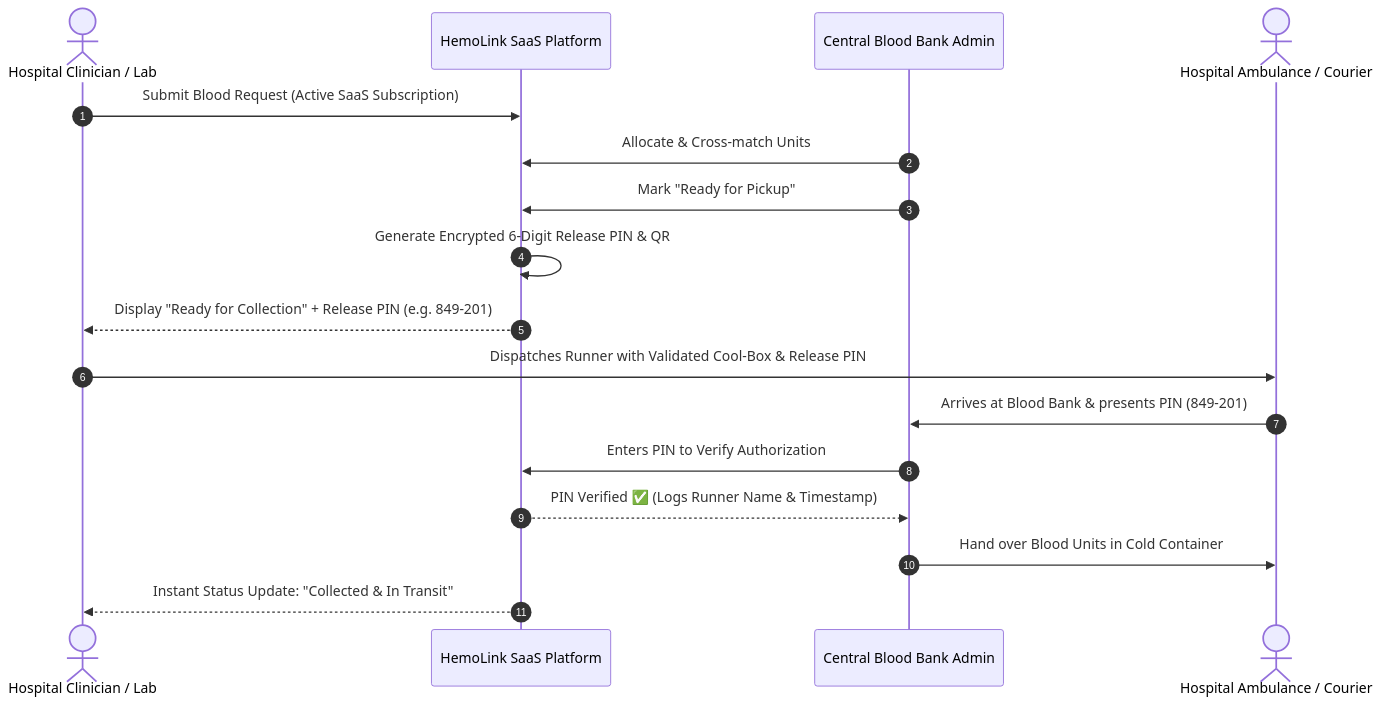
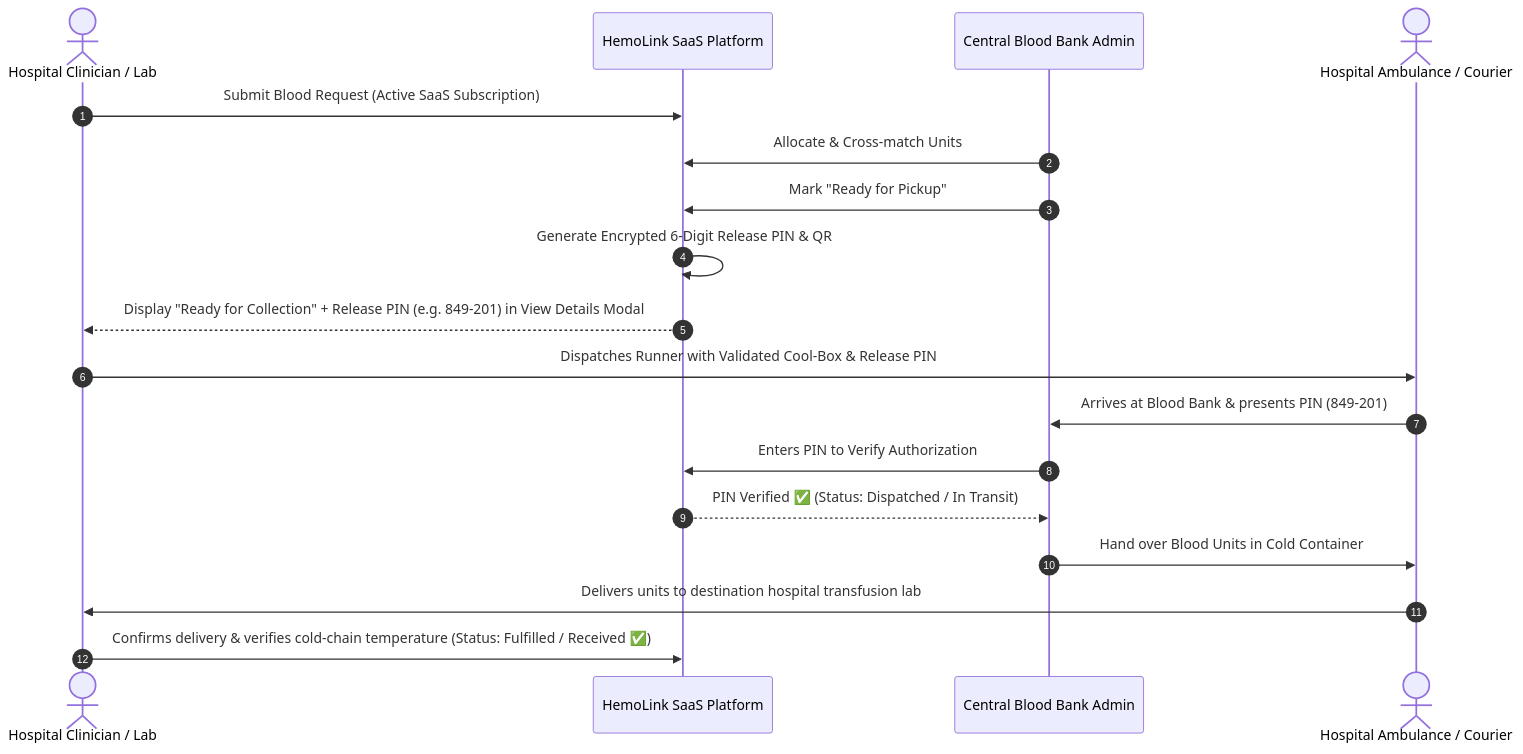
One commit to beatrice-codes-sudo/Blood-Bank-Management-System changed the second of 5 diagrams in why we are charging.md. Above: the diagram before and after it, drawn with Mermaid. The commit also changed other lines of this file and 14 other files, not shown here.

````diff
--- a/why we are charging.md
+++ b/why we are charging.md
@@ -38,20 +38,21 @@
 ```mermaid
 sequenceDiagram
     autonumber
     actor Hospital as Hospital Clinician / Lab
     participant HemoLink as HemoLink SaaS Platform
     participant CentralBank as Central Blood Bank Admin
     actor Runner as Hospital Ambulance / Courier
 
     Hospital->>HemoLink: Submit Blood Request (Active SaaS Subscription)
     CentralBank->>HemoLink: Allocate & Cross-match Units
     CentralBank->>HemoLink: Mark "Ready for Pickup"
     HemoLink->>HemoLink: Generate Encrypted 6-Digit Release PIN & QR
-    HemoLink-->>Hospital: Display "Ready for Collection" + Release PIN (e.g. 849-201)
+    HemoLink-->>Hospital: Display "Ready for Collection" + Release PIN (e.g. 849-201) in View Details Modal
     Hospital->>Runner: Dispatches Runner with Validated Cool-Box & Release PIN
     Runner->>CentralBank: Arrives at Blood Bank & presents PIN (849-201)
     CentralBank->>HemoLink: Enters PIN to Verify Authorization
-    HemoLink-->>CentralBank: PIN Verified ✅ (Logs Runner Name & Timestamp)
+    HemoLink-->>CentralBank: PIN Verified ✅ (Status: Dispatched / In Transit)
     CentralBank->>Runner: Hand over Blood Units in Cold Container
-    HemoLink-->>Hospital: Instant Status Update: "Collected & In Transit"
+    Runner->>Hospital: Delivers units to destination hospital transfusion lab
+    Hospital->>HemoLink: Confirms delivery & verifies cold-chain temperature (Status: Fulfilled / Received ✅)
 ```
````
